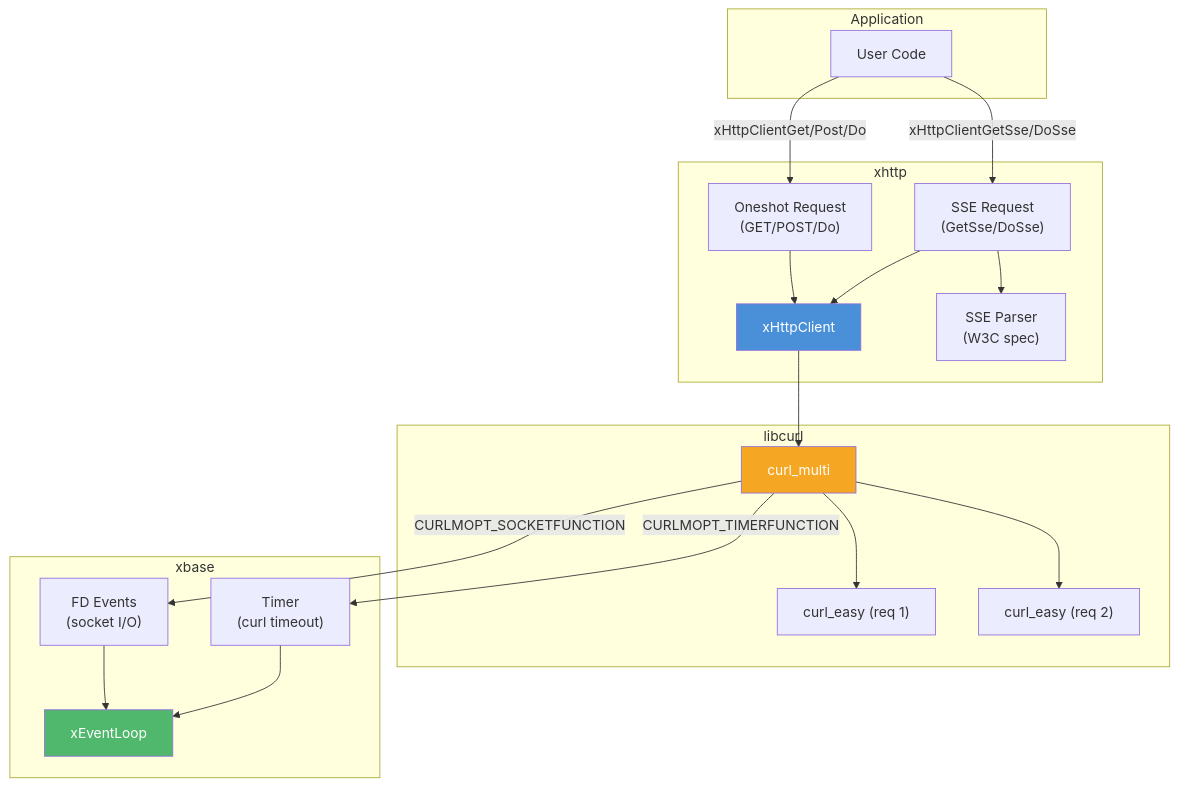
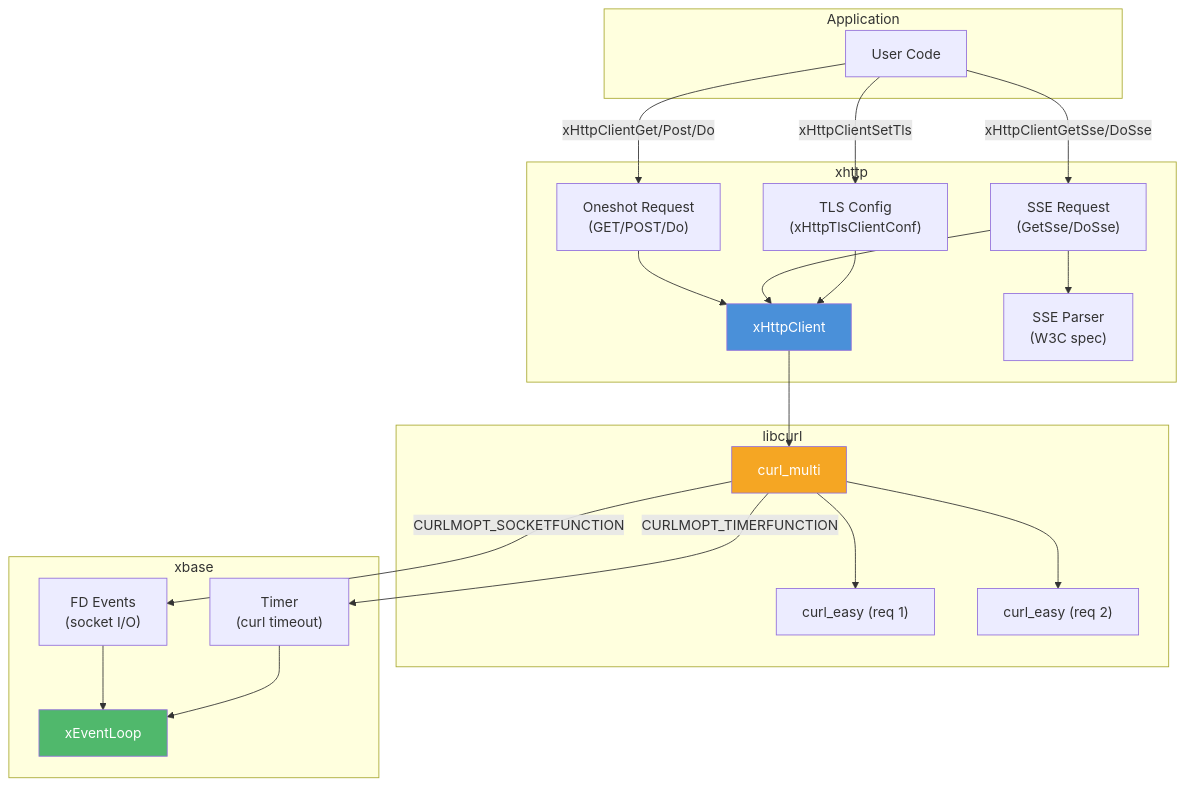
One commit to mivinci/DownloadKit changed the diagram in docs/xhttp/README.md. Above: the diagram before and after it, drawn with Mermaid. The commit also changed other lines of this file and 53 other files, not shown here.

````diff
--- a/docs/xhttp/README.md
+++ b/docs/xhttp/README.md
@@ -22,42 +22,45 @@
 ```mermaid
 graph TD
     subgraph "Application"
         APP["User Code"]
     end
 
     subgraph "xhttp"
         CLIENT["xHttpClient"]
+        TLS_CLI["TLS Config<br/>(xHttpTlsClientConf)"]
         ONESHOT["Oneshot Request<br/>(GET/POST/Do)"]
         SSE["SSE Request<br/>(GetSse/DoSse)"]
         PARSER["SSE Parser<br/>(W3C spec)"]
     end
 
     subgraph "libcurl"
         MULTI["curl_multi"]
         EASY1["curl_easy (req 1)"]
         EASY2["curl_easy (req 2)"]
     end
 
     subgraph "xbase"
         LOOP["xEventLoop"]
         TIMER["Timer<br/>(curl timeout)"]
         FD["FD Events<br/>(socket I/O)"]
     end
 
     APP -->|"xHttpClientGet/Post/Do"| ONESHOT
     APP -->|"xHttpClientGetSse/DoSse"| SSE
+    APP -->|"xHttpClientSetTls"| TLS_CLI
     SSE --> PARSER
     ONESHOT --> CLIENT
     SSE --> CLIENT
+    TLS_CLI --> CLIENT
     CLIENT --> MULTI
     MULTI --> EASY1
     MULTI --> EASY2
     MULTI -->|"CURLMOPT_SOCKETFUNCTION"| FD
     MULTI -->|"CURLMOPT_TIMERFUNCTION"| TIMER
     FD --> LOOP
     TIMER --> LOOP
 
     style CLIENT fill:#4a90d9,color:#fff
     style LOOP fill:#50b86c,color:#fff
     style MULTI fill:#f5a623,color:#fff
 ```
````
